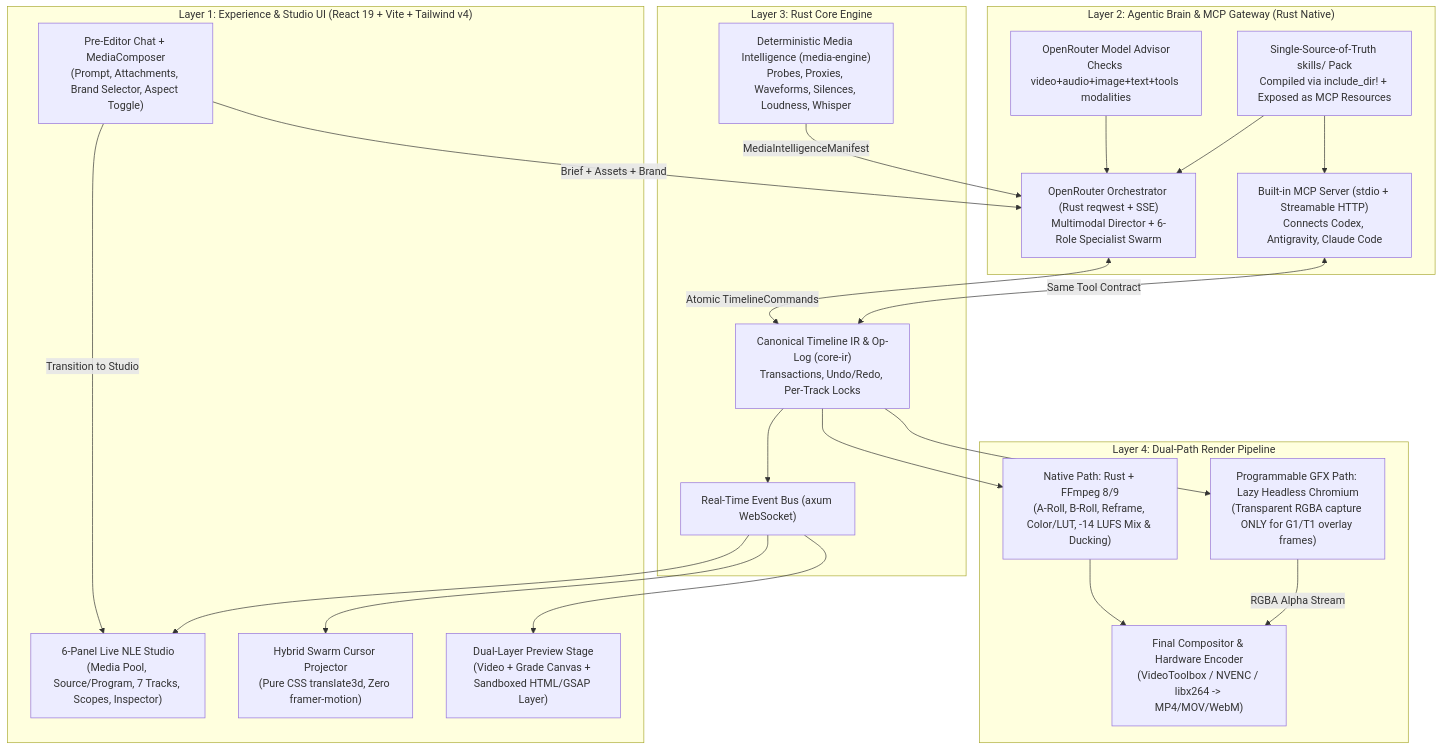
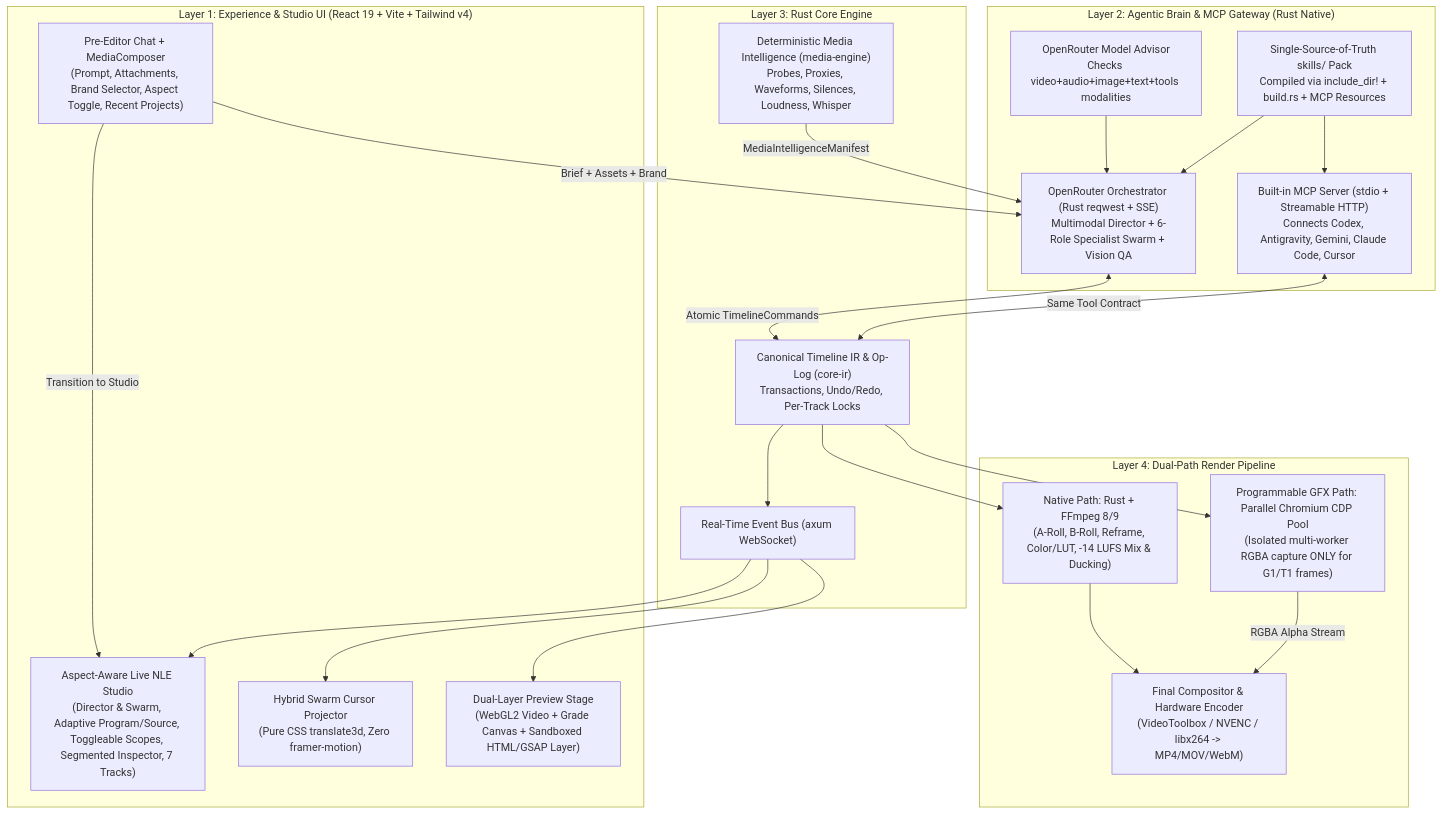
Before and after one commit to sobrinN/solaris: the diagram in ARCHITECTURE.md, drawn with Mermaid. The commit also changed other lines of this file and 17 other files, not shown here.

First line of the commit message:
feat(server,ui,docs): add project deletion, aspect-aware studio grid, auto refine mode, and sync docs

````diff
--- a/ARCHITECTURE.md
+++ b/ARCHITECTURE.md
@@ -20,45 +20,45 @@
 ```mermaid
 flowchart TD
     subgraph UI["Layer 1: Experience & Studio UI (React 19 + Vite + Tailwind v4)"]
-        Chat["Pre-Editor Chat + MediaComposer<br/>(Prompt, Attachments, Brand Selector, Aspect Toggle)"]
-        NLE["6-Panel Live NLE Studio<br/>(Media Pool, Source/Program, 7 Tracks, Scopes, Inspector)"]
+        Chat["Pre-Editor Chat + MediaComposer<br/>(Prompt, Attachments, Brand Selector, Aspect Toggle, Recent Projects)"]
+        NLE["Aspect-Aware Live NLE Studio<br/>(Director & Swarm, Adaptive Program/Source, Toggleable Scopes, Segmented Inspector, 7 Tracks)"]
         Cursors["Hybrid Swarm Cursor Projector<br/>(Pure CSS translate3d, Zero framer-motion)"]
-        Preview["Dual-Layer Preview Stage<br/>(Video + Grade Canvas + Sandboxed HTML/GSAP Layer)"]
+        Preview["Dual-Layer Preview Stage<br/>(WebGL2 Video + Grade Canvas + Sandboxed HTML/GSAP Layer)"]
     end
 
     subgraph Agents["Layer 2: Agentic Brain & MCP Gateway (Rust Native)"]
-        OR["OpenRouter Orchestrator (Rust reqwest + SSE)<br/>Multimodal Director + 6-Role Specialist Swarm"]
+        OR["OpenRouter Orchestrator (Rust reqwest + SSE)<br/>Multimodal Director + 6-Role Specialist Swarm + Vision QA"]
         Advisor["OpenRouter Model Advisor<br/>Checks video+audio+image+text+tools modalities"]
-        MCP["Built-in MCP Server (stdio + Streamable HTTP)<br/>Connects Codex, Antigravity, Claude Code"]
-        Skills["Single-Source-of-Truth skills/ Pack<br/>Compiled via include_dir! + Exposed as MCP Resources"]
+        MCP["Built-in MCP Server (stdio + Streamable HTTP)<br/>Connects Codex, Antigravity, Gemini, Claude Code, Cursor"]
+        Skills["Single-Source-of-Truth skills/ Pack<br/>Compiled via include_dir! + build.rs + MCP Resources"]
     end
 
     subgraph Core["Layer 3: Rust Core Engine"]
         IR["Canonical Timeline IR & Op-Log (core-ir)<br/>Transactions, Undo/Redo, Per-Track Locks"]
         Intel["Deterministic Media Intelligence (media-engine)<br/>Probes, Proxies, Waveforms, Silences, Loudness, Whisper"]
         Bus["Real-Time Event Bus (axum WebSocket)"]
     end
 
     subgraph Render["Layer 4: Dual-Path Render Pipeline"]
         Native["Native Path: Rust + FFmpeg 8/9<br/>(A-Roll, B-Roll, Reframe, Color/LUT, -14 LUFS Mix & Ducking)"]
-        Overlay["Programmable GFX Path: Lazy Headless Chromium<br/>(Transparent RGBA capture ONLY for G1/T1 overlay frames)"]
+        Overlay["Programmable GFX Path: Parallel Chromium CDP Pool<br/>(Isolated multi-worker RGBA capture ONLY for G1/T1 frames)"]
         Mux["Final Compositor & Hardware Encoder<br/>(VideoToolbox / NVENC / libx264 -> MP4/MOV/WebM)"]
     end
 
     Chat -->|"Brief + Assets + Brand"| OR
     Chat -->|"Transition to Studio"| NLE
     OR <-->|"Atomic TimelineCommands"| IR
     Advisor --> OR
     MCP <-->|"Same Tool Contract"| IR
     Skills --> OR
     Skills --> MCP
     IR --> Bus
     Bus --> NLE
     Bus --> Cursors
     Bus --> Preview
     Intel -->|"MediaIntelligenceManifest"| OR
     IR --> Native
     IR --> Overlay
     Native --> Mux
     Overlay -->|"RGBA Alpha Stream"| Mux
 ```
````
